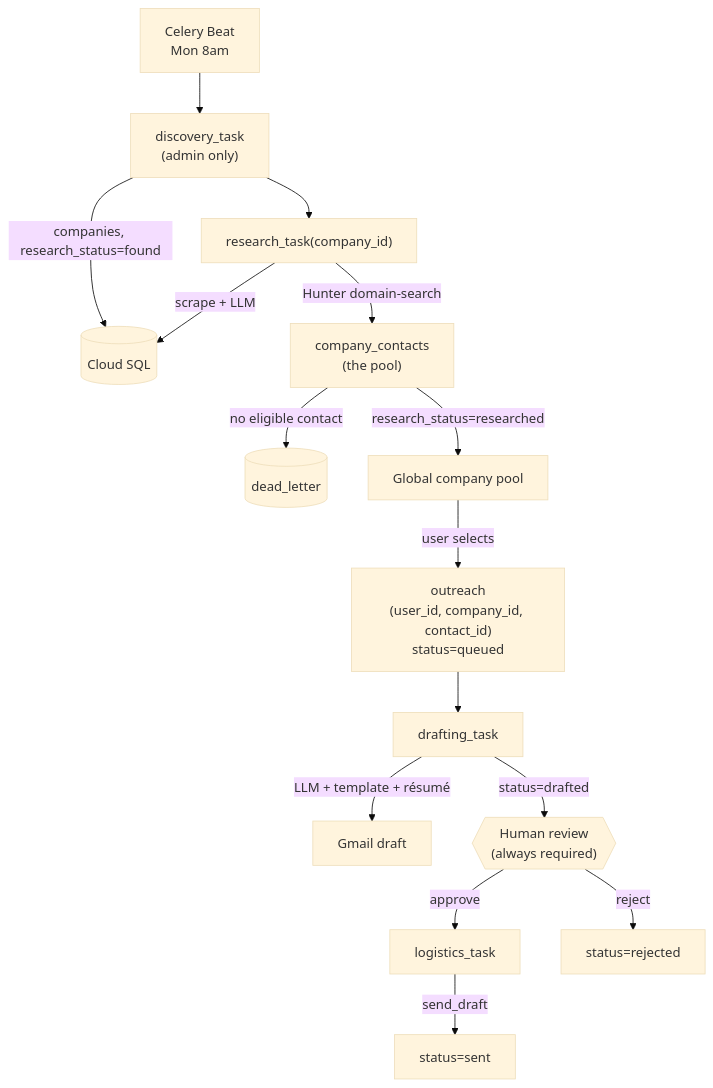
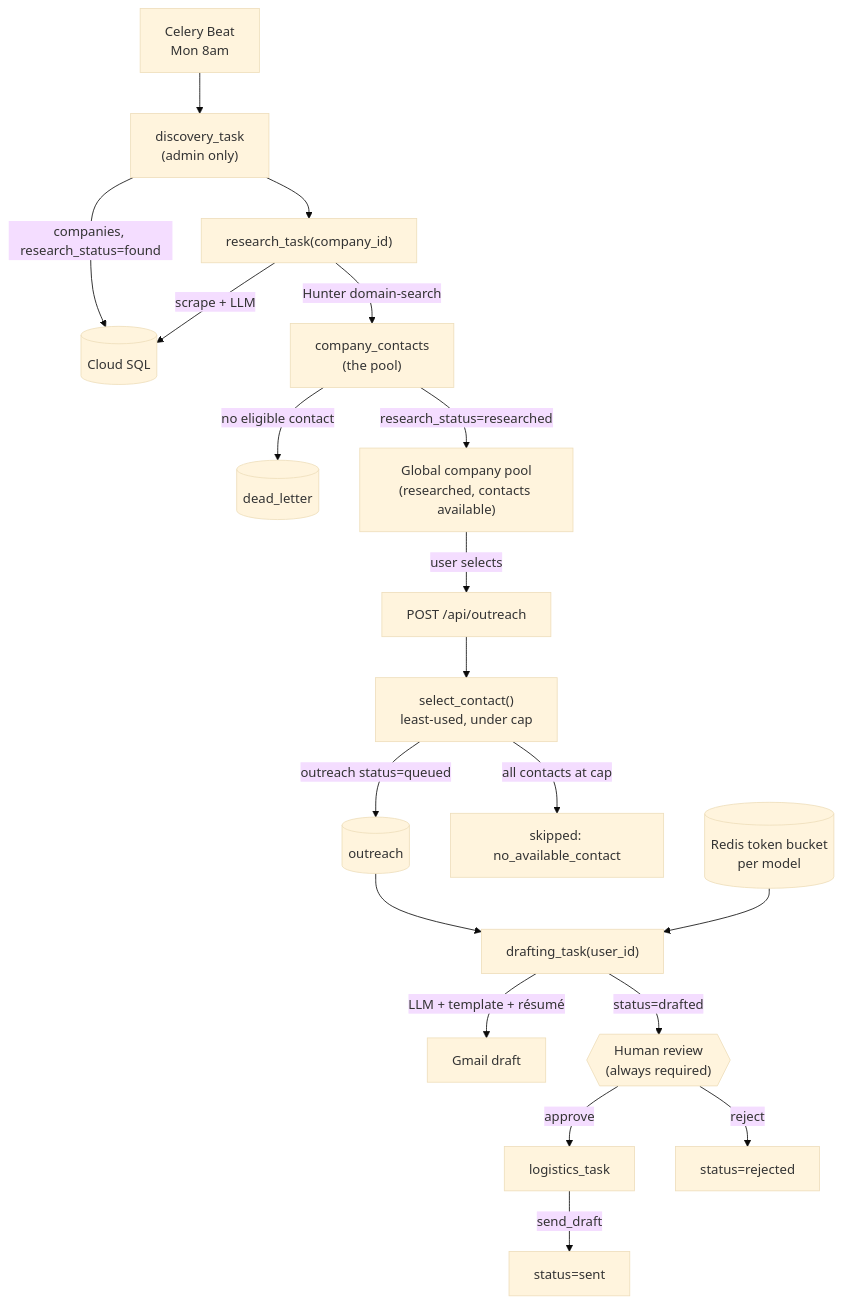
Before and after one commit to liyuxiao2/cold-email-agent: the first of 3 diagrams in docs/architecture-flow.md, drawn with Mermaid (base theme). The commit also changed other lines of this file and 3 other files, not shown here.

````diff
--- a/docs/architecture-flow.md
+++ b/docs/architecture-flow.md
@@ -26,18 +26,23 @@
 ```mermaid
 graph TD
     Beat["Celery Beat<br/>Mon 8am"] --> Disc["discovery_task<br/>(admin only)"]
     Disc -->|"companies, research_status=found"| DB[(Cloud SQL)]
     Disc --> Res["research_task(company_id)"]
     Res -->|scrape + LLM| DB
     Res -->|"Hunter domain-search"| Contacts["company_contacts<br/>(the pool)"]
     Contacts -->|"no eligible contact"| DLQ[(dead_letter)]
-    Contacts -->|"research_status=researched"| Pool["Global company pool"]
+    Contacts -->|"research_status=researched"| Pool["Global company pool<br/>(researched, contacts available)"]
 
-    Pool -->|"user selects"| Outreach["outreach<br/>(user_id, company_id, contact_id)<br/>status=queued"]
-    Outreach --> Draft["drafting_task"]
+    Pool -->|"user selects"| Post["POST /api/outreach"]
+    Post --> Sel["select_contact()<br/>least-used, under cap"]
+    Sel -->|"outreach status=queued"| Queued[("outreach")]
+    Sel -->|"all contacts at cap"| Skipped["skipped: no_available_contact"]
+
+    Queued --> Draft["drafting_task(user_id)"]
+    Bucket[("Redis token bucket<br/>per model")] --> Draft
     Draft -->|"LLM + template + résumé"| Gmail["Gmail draft"]
     Draft -->|status=drafted| Review{{"Human review<br/>(always required)"}}
     Review -->|approve| Log["logistics_task"]
     Review -->|reject| Rejected["status=rejected"]
     Log -->|"send_draft"| Sent["status=sent"]
 ```
````
